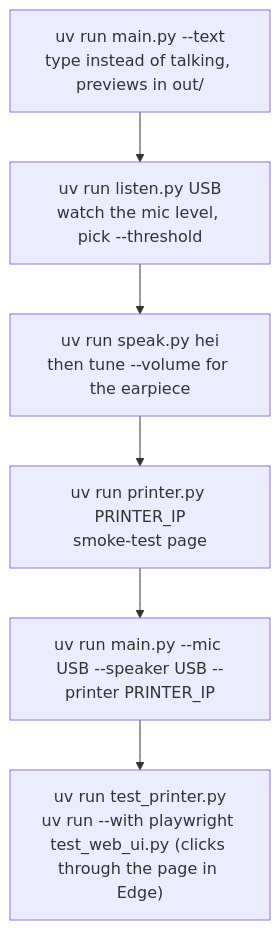
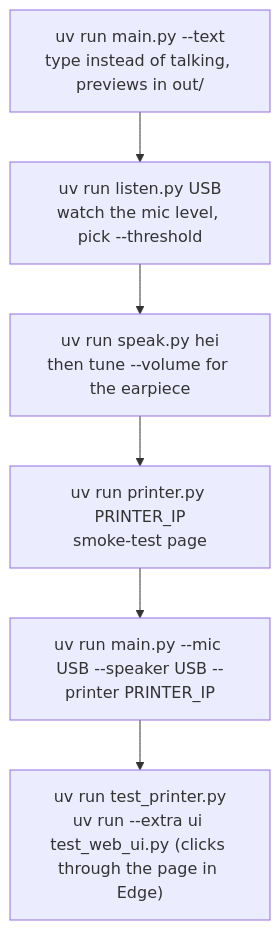
Before and after one commit to bastiankrohg/weatherboy: diagram 13 of 13 in README.md, drawn with Mermaid. The commit also changed other lines of this file and 13 other files, not shown here.

````diff
--- a/README.md
+++ b/README.md
@@ -244,8 +298,8 @@
 ```mermaid
 flowchart TD
     A["uv run main.py --text<br/>type instead of talking, previews in out/"] --> B["uv run listen.py USB<br/>watch the mic level, pick --threshold"]
     B --> C["uv run speak.py hei<br/>then tune --volume for the earpiece"]
     C --> P["uv run printer.py PRINTER_IP<br/>smoke-test page"]
     P --> D["uv run main.py --mic USB --speaker USB --printer PRINTER_IP"]
-    D --> T["uv run test_printer.py<br/>uv run --with playwright test_web_ui.py (clicks through the page in Edge)"]
+    D --> T["uv run test_printer.py<br/>uv run --extra ui test_web_ui.py (clicks through the page in Edge)"]
 ```
````
